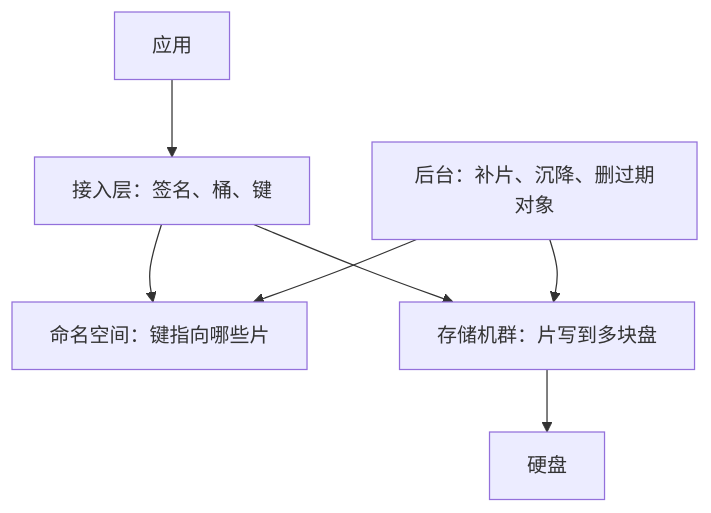
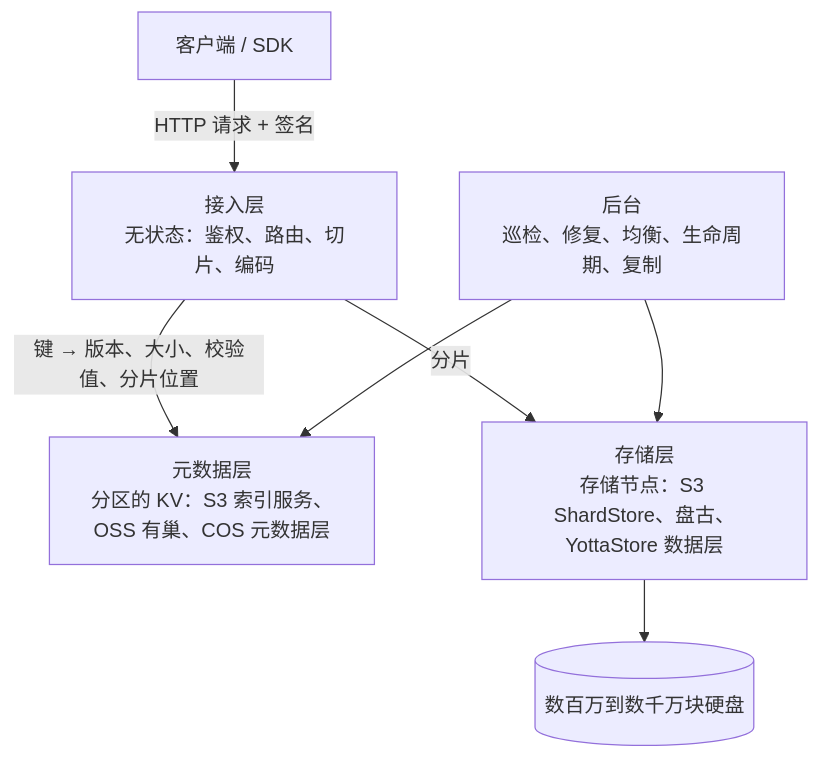
The diagram in blog/对象存储：S3、COS 与 OSS.md (luzhixing12345/luzhixing12345.github.io), drawn with Mermaid before and after one commit. The commit also changed other lines of this file and 21 other files, not shown here.

Commit message:
dev: add html graph

````diff
--- a/blog/对象存储：S3、COS 与 OSS.md
+++ b/blog/对象存储：S3、COS 与 OSS.md
@@ -23,9 +98,9 @@
 ```mermaid
 flowchart TD
-  app[应用] --> front[接入层：签名、桶、键]
-  front --> meta[命名空间：键指向哪些片]
-  front --> data[存储机群：片写到多块盘]
-  data --> disks[硬盘]
-  bg[后台：补片、沉降、删过期对象] --> data
-  bg --> meta
+  client[客户端 / SDK] -->|HTTP 请求 + 签名| front[接入层<br/>无状态：鉴权、路由、切片、编码]
+  front -->|键 → 版本、大小、校验值、分片位置| index[元数据层<br/>分区的 KV：S3 索引服务、OSS 有巢、COS 元数据层]
+  front -->|分片| storage[存储层<br/>存储节点：S3 ShardStore、盘古、YottaStore 数据层]
+  storage --> disks[(数百万到数千万块硬盘)]
+  bg[后台<br/>巡检、修复、均衡、生命周期、复制] --> storage
+  bg --> index
 ```
````
